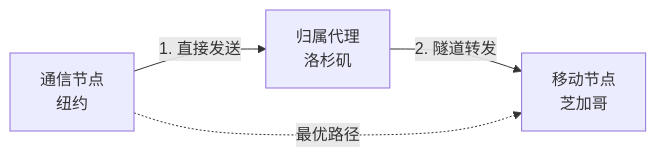
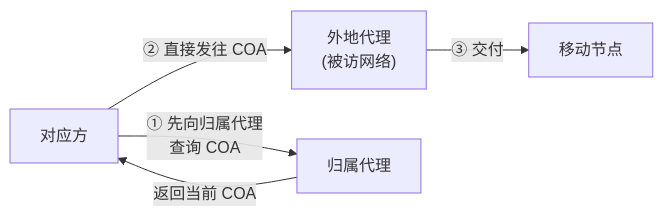
The third of 3 diagrams in 计算机网络/7.5无线网络：移动性管理.md (Dtheme/CS-base), drawn with Mermaid before and after one commit. The commit also changed other lines of this file and 51 other files, not shown here.

````diff
--- a/计算机网络/7.5无线网络：移动性管理.md
+++ b/计算机网络/7.5无线网络：移动性管理.md
@@ -565,10 +117,7 @@
 ```mermaid
 graph LR
-    CN["通信节点<br/>纽约"]
-    HA["归属代理<br/>洛杉矶"]
-    MN["移动节点<br/>芝加哥"]
-    
-    CN -->|1. 直接发送| HA
-    HA -->|2. 隧道转发| MN
-    CN -.->|最优路径| MN
+    CN["对应方"] -->|② 直接发往 COA| FA["外地代理<br/>(被访网络)"]
+    FA -->|③ 交付| MN["移动节点"]
+    CN -->|① 先向归属代理<br/>查询 COA| HA["归属代理"]
+    HA -->|返回当前 COA| CN
 ```
````
